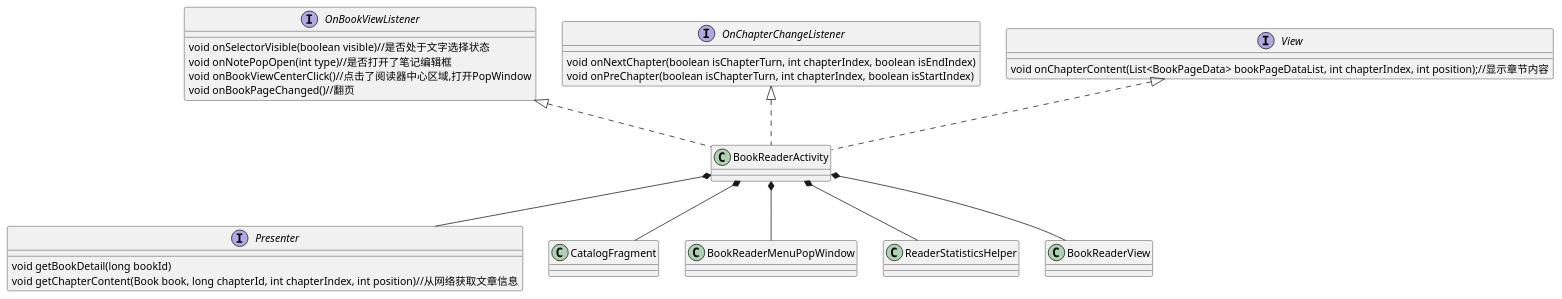
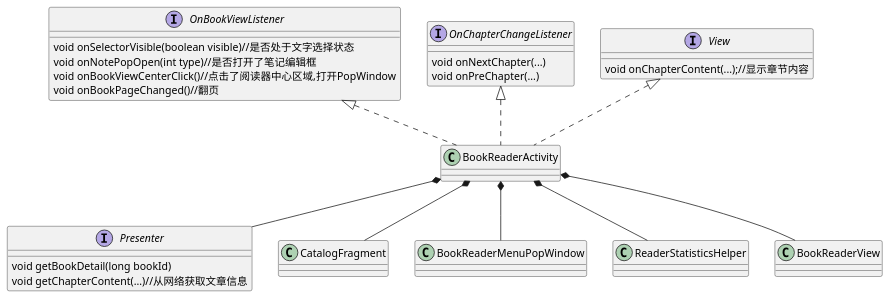
One commit to yufns/uml changed the diagram in uml/reader/module/reader/class/reader.puml. Above: the diagram before and after it, drawn with PlantUML. The commit also changed 5 other files, not shown here.

```diff
--- a/uml/reader/module/reader/class/reader.puml
+++ b/uml/reader/module/reader/class/reader.puml
@@ -1,42 +1,42 @@
 @startuml
 
 interface OnBookViewListener{
   void onSelectorVisible(boolean visible)//是否处于文字选择状态
   void onNotePopOpen(int type)//是否打开了笔记编辑框
   void onBookViewCenterClick()//点击了阅读器中心区域,打开PopWindow
   void onBookPageChanged()//翻页
 }
 
 interface OnChapterChangeListener{
-  void onNextChapter(boolean isChapterTurn, int chapterIndex, boolean isEndIndex)
-  void onPreChapter(boolean isChapterTurn, int chapterIndex, boolean isStartIndex)
+  void onNextChapter(...)
+  void onPreChapter(...)
 }
 interface  Presenter{
   void getBookDetail(long bookId)
-  void getChapterContent(Book book, long chapterId, int chapterIndex, int position)//从网络获取文章信息
+  void getChapterContent(...)//从网络获取文章信息
 }
 
 interface View{
-  void onChapterContent(List<BookPageData> bookPageDataList, int chapterIndex, int position);//显示章节内容
+  void onChapterContent(...);//显示章节内容
 }
 
 
 class BookReaderActivity
 class CatalogFragment
 class BookReaderMenuPopWindow
 class ReaderStatisticsHelper
 
 
 BookReaderActivity *-- BookReaderView
 BookReaderActivity *-- CatalogFragment
 BookReaderActivity *-- BookReaderMenuPopWindow
 BookReaderActivity *-- ReaderStatisticsHelper
 BookReaderActivity *-- Presenter
 
 
 View <|.. BookReaderActivity
 OnBookViewListener <|.. BookReaderActivity
 OnChapterChangeListener <|.. BookReaderActivity
 
 
 @enduml
```
